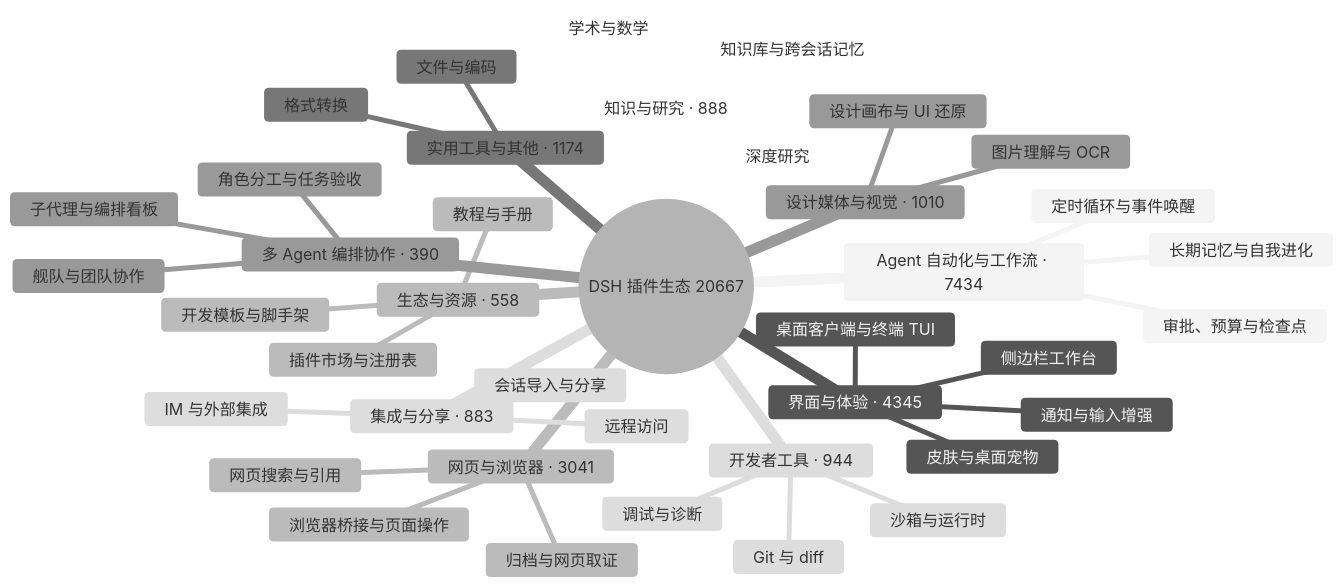
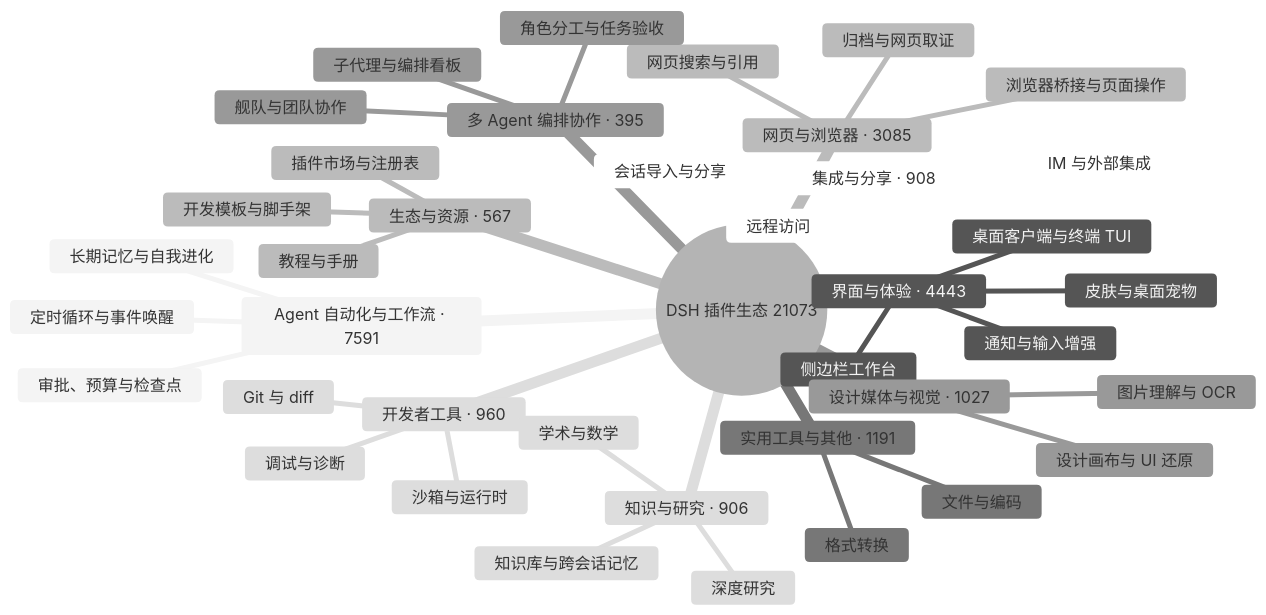
Before and after one commit to bruc3van/awesome-dsh-plugin: the diagram in README.md, drawn with Mermaid (neutral theme). The commit also changed other lines of this file and 26 other files, not shown here.

````diff
--- a/README.md
+++ b/README.md
@@ -40,43 +40,43 @@
 ```mermaid
 mindmap
-  root((DSH 插件生态 20667))
-    Agent 自动化与工作流 · 7434
+  root((DSH 插件生态 21073))
+    Agent 自动化与工作流 · 7591
       定时循环与事件唤醒
       长期记忆与自我进化
       审批、预算与检查点
-    界面与体验 · 4345
+    界面与体验 · 4443
       桌面客户端与终端 TUI
       侧边栏工作台
       皮肤与桌面宠物
       通知与输入增强
-    网页与浏览器 · 3041
+    网页与浏览器 · 3085
       浏览器桥接与页面操作
       网页搜索与引用
       归档与网页取证
-    实用工具与其他 · 1174
+    实用工具与其他 · 1191
       文件与编码
       格式转换
-    设计媒体与视觉 · 1010
+    设计媒体与视觉 · 1027
       图片理解与 OCR
       设计画布与 UI 还原
-    开发者工具 · 944
+    开发者工具 · 960
       Git 与 diff
       沙箱与运行时
       调试与诊断
-    知识与研究 · 888
+    集成与分享 · 908
+      会话导入与分享
+      远程访问
+      IM 与外部集成
+    知识与研究 · 906
       知识库与跨会话记忆
       深度研究
       学术与数学
-    集成与分享 · 883
-      会话导入与分享
-      远程访问
-      IM 与外部集成
-    生态与资源 · 558
+    生态与资源 · 567
       插件市场与注册表
       开发模板与脚手架
       教程与手册
-    多 Agent 编排协作 · 390
+    多 Agent 编排协作 · 395
       子代理与编排看板
       舰队与团队协作
       角色分工与任务验收
 ```
````
